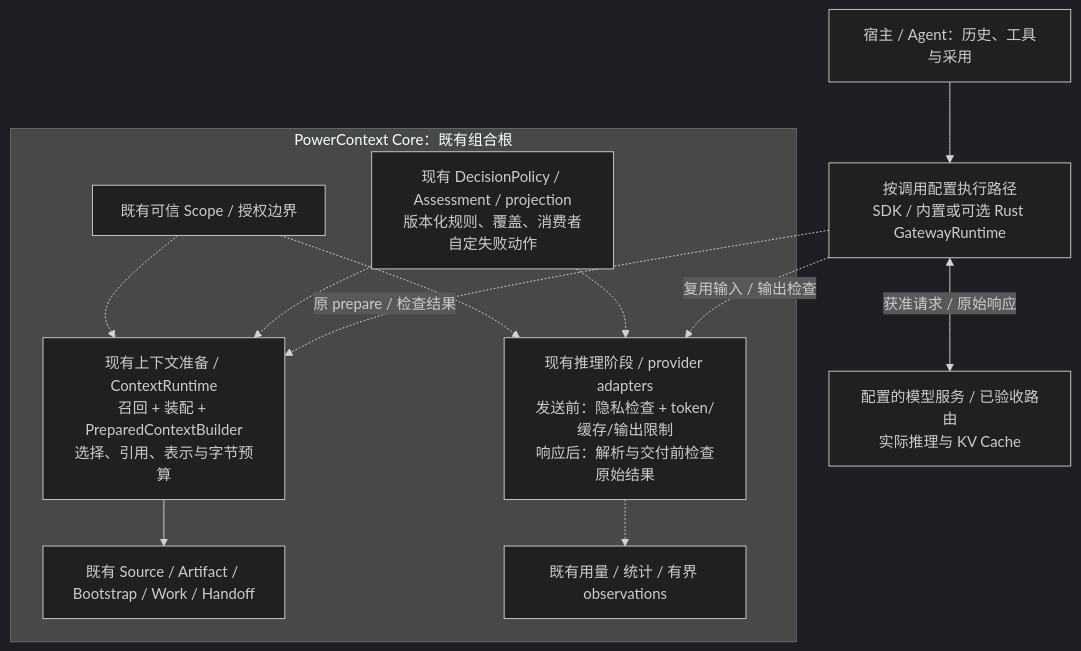
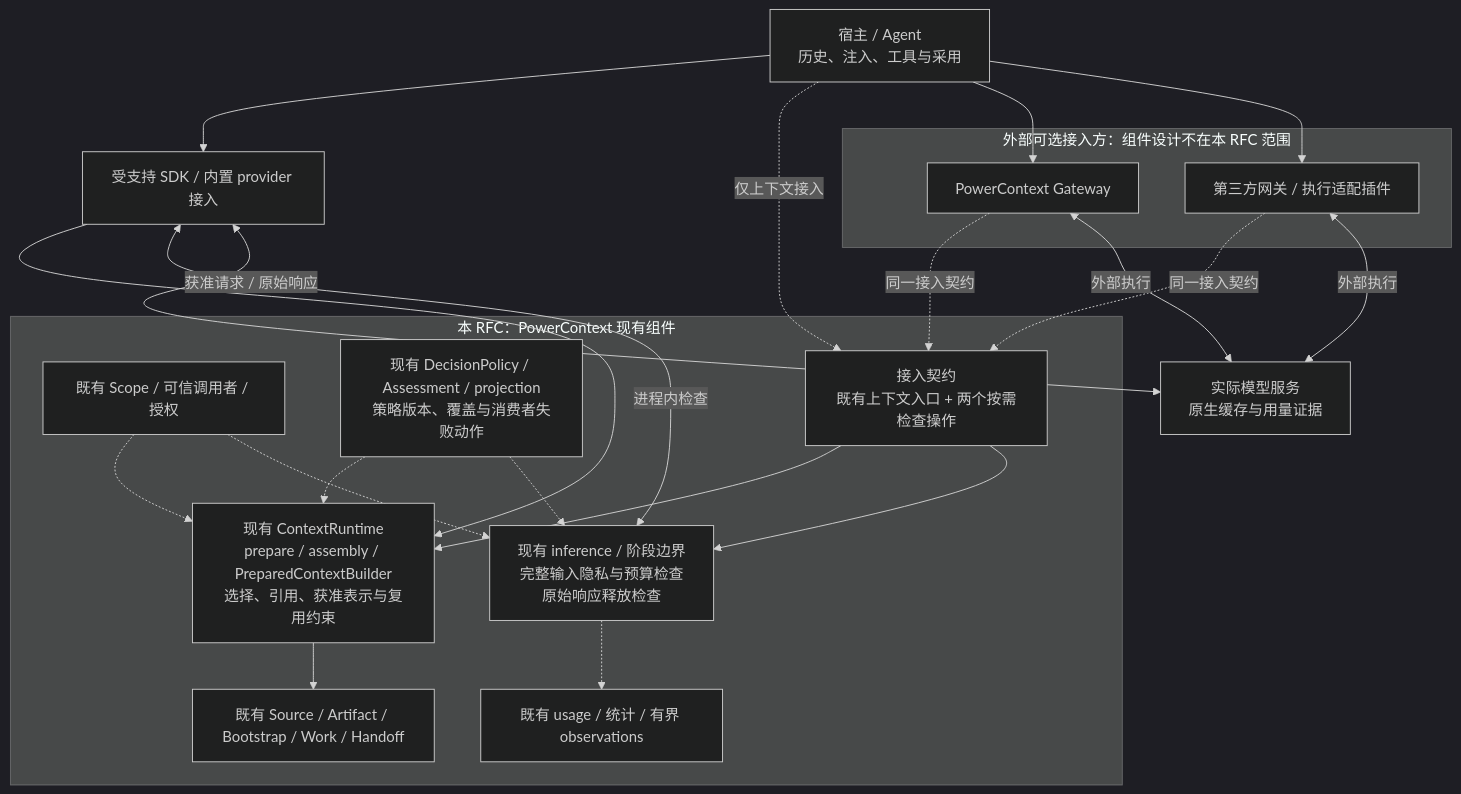
One commit to 2397819368a-oss/powercontext-2026 changed the first of 2 diagrams in docs/zh/rfcs/2086-core-inference-gates-and-optional-gateway.md. Above: the diagram before and after it, drawn with Mermaid (dark theme). The commit also changed other lines of this file and 1 other file, not shown here.

Commit message:
docs(rfc): scope context privacy and gateway contracts

````diff
--- a/docs/zh/rfcs/2086-core-inference-gates-and-optional-gateway.md
+++ b/docs/zh/rfcs/2086-core-inference-gates-and-optional-gateway.md
@@ -117,26 +136,41 @@
 ```mermaid
 flowchart TB
-    HOST["宿主 / Agent：历史、工具与采用"]
-    EXEC["按调用配置执行路径<br/>SDK / 内置或可选 Rust GatewayRuntime"]
+    HOST["宿主 / Agent<br/>历史、注入、工具与采用"]
+    SDK["受支持 SDK / 内置 provider 接入"]
 
-    subgraph CORE["PowerContext Core：既有组合根"]
-        AUTH["既有可信 Scope / 授权边界"]
-        CONTEXT["现有上下文准备 / ContextRuntime<br/>召回 + 装配 + PreparedContextBuilder<br/>选择、引用、表示与字节预算"]
-        INFERENCE["现有推理阶段 / provider adapters<br/>发送前：隐私检查 + token/缓存/输出限制<br/>响应后：解析与交付前检查原始结果"]
-        POLICY["现有 DecisionPolicy / Assessment / projection<br/>版本化规则、覆盖、消费者自定失败动作"]
+    subgraph CORE["本 RFC：PowerContext 现有组件"]
+        AUTH["既有 Scope / 可信调用者 / 授权"]
+        CONTEXT["现有 ContextRuntime<br/>prepare / assembly / PreparedContextBuilder<br/>选择、引用、获准表示与复用约束"]
+        CHECK["现有 inference / 阶段边界<br/>完整输入隐私与预算检查<br/>原始响应释放检查"]
+        POLICY["现有 DecisionPolicy / Assessment / projection<br/>策略版本、覆盖与消费者失败动作"]
         DATA["既有 Source / Artifact / Bootstrap / Work / Handoff"]
-        USAGE["既有用量 / 统计 / 有界 observations"]
+        USAGE["既有 usage / 统计 / 有界 observations"]
+        API["接入契约<br/>既有上下文入口 + 两个按需检查操作"]
         AUTH -.-> CONTEXT
-        AUTH -.-> INFERENCE
+        AUTH -.-> CHECK
         CONTEXT --> DATA
-        POLICY -.-> INFERENCE
         POLICY -.-> CONTEXT
-        INFERENCE -.-> USAGE
+        POLICY -.-> CHECK
+        CHECK -.-> USAGE
+        API --> CONTEXT
+        API --> CHECK
     end
 
-    MODEL["配置的模型服务 / 已验收路由<br/>实际推理与 KV Cache"]
-    HOST --> EXEC
-    EXEC -. "原 prepare / 检查结果" .-> CONTEXT
-    EXEC -. "复用输入 / 输出检查" .-> INFERENCE
-    EXEC <-->|"获准请求 / 原始响应"| MODEL
+    subgraph EXTERNAL["外部可选接入方：组件设计不在本 RFC 范围"]
+        PCGW["PowerContext Gateway"]
+        THIRD["第三方网关 / 执行适配插件"]
+    end
+    MODEL["实际模型服务<br/>原生缓存与用量证据"]
+
+    HOST --> SDK
+    HOST -. "仅上下文接入" .-> API
+    SDK --> CONTEXT
+    SDK <-->|"进程内检查"| CHECK
+    SDK <-->|"获准请求 / 原始响应"| MODEL
+    HOST --> PCGW
+    HOST --> THIRD
+    PCGW -. "同一接入契约" .-> API
+    THIRD -. "同一接入契约" .-> API
+    PCGW <-->|"外部执行"| MODEL
+    THIRD <-->|"外部执行"| MODEL
 ```
````
